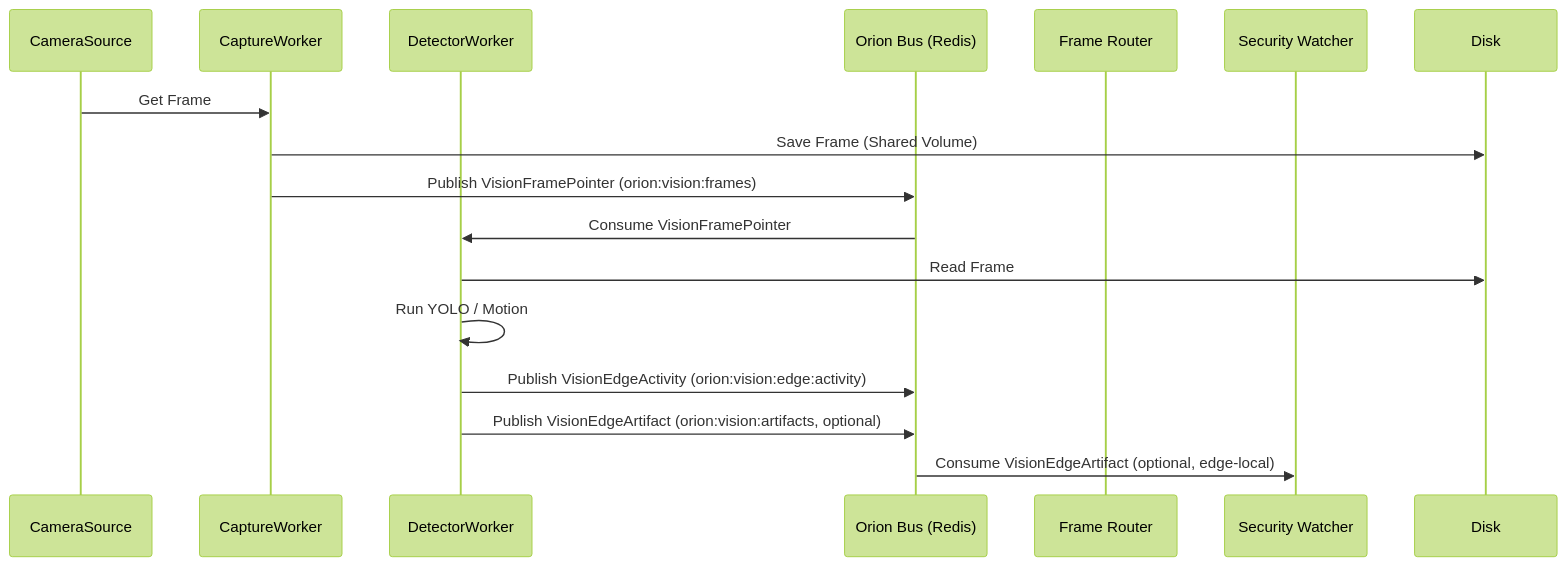
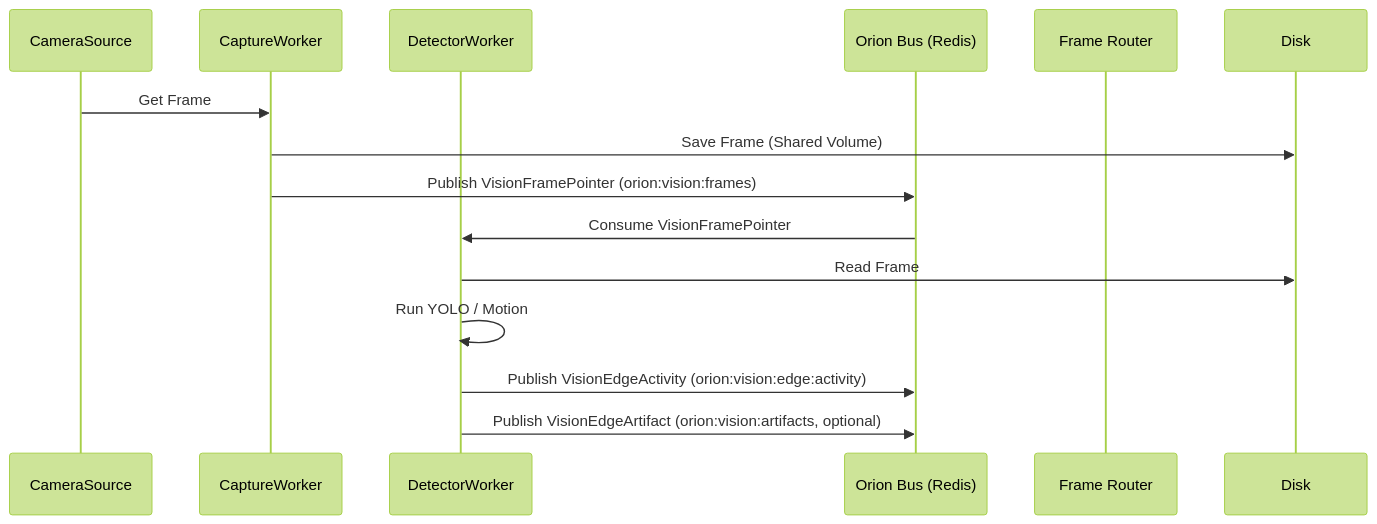
One commit to junebug-junie/Orion-Sapienform changed the diagram in services/orion-vision-edge/README.md. Above: the diagram before and after it, drawn with Mermaid (forest theme). The commit also changed other lines of this file and 9 other files, not shown here.

First line of the commit message:
feat(vision-edge): walkway capture instance; camera_id is the name, never the RTSP URL

````diff
--- a/services/orion-vision-edge/README.md
+++ b/services/orion-vision-edge/README.md
@@ -16,21 +16,18 @@
 ```mermaid
 sequenceDiagram
     participant Cam as CameraSource
     participant Capture as CaptureWorker
     participant Detect as DetectorWorker
     participant Bus as Orion Bus (Redis)
     participant Router as Frame Router
-    participant Guard as Security Watcher
 
     Cam->>Capture: Get Frame
     Capture->>Disk: Save Frame (Shared Volume)
     Capture->>Bus: Publish VisionFramePointer (orion:vision:frames)
 
     Bus->>Detect: Consume VisionFramePointer
     Detect->>Disk: Read Frame
     Detect->>Detect: Run YOLO / Motion
     Detect->>Bus: Publish VisionEdgeActivity (orion:vision:edge:activity)
     Detect->>Bus: Publish VisionEdgeArtifact (orion:vision:artifacts, optional)
-
-    Bus->>Guard: Consume VisionEdgeArtifact (optional, edge-local)
 ```
````
